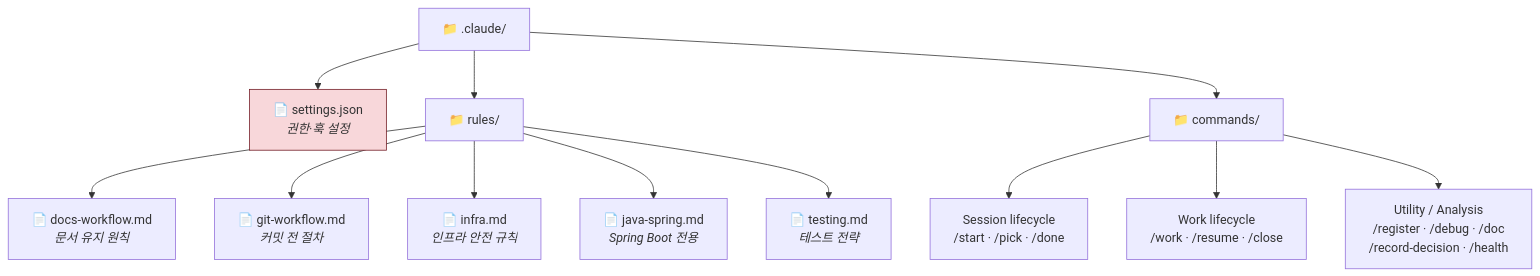
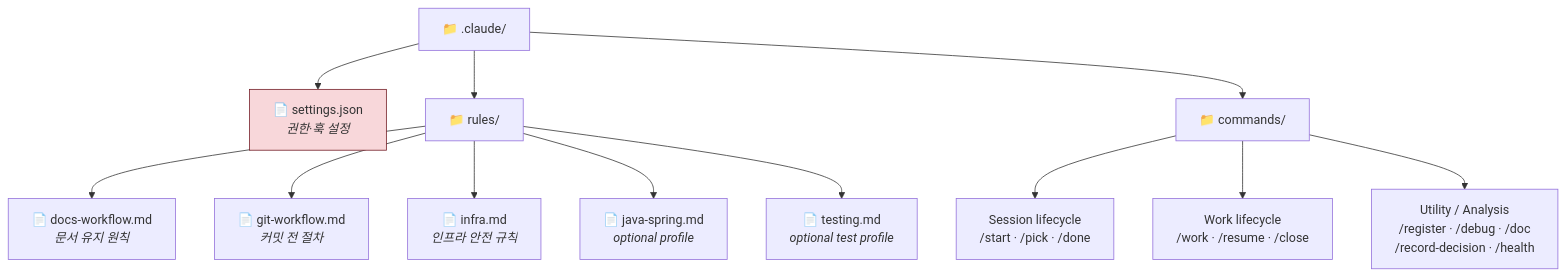
Before and after one commit to kyungseo/ai-workflow-harness: the fourth of 14 diagrams in docs/WORKFLOW-MANUAL.md, drawn with Mermaid. The commit also changed other lines of this file and 216 other files, not shown here.

````diff
--- a/docs/WORKFLOW-MANUAL.md
+++ b/docs/WORKFLOW-MANUAL.md
@@ -161,20 +161,20 @@
 ```mermaid
 graph TD
     DOT_CLAUDE["📁 .claude/"]
 
     DOT_CLAUDE --> SETTINGS["📄 settings.json<br/><i>권한·훅 설정</i>"]
     DOT_CLAUDE --> RULES["📁 rules/"]
     DOT_CLAUDE --> COMMANDS["📁 commands/"]
 
     RULES --> R1["📄 docs-workflow.md<br/><i>문서 유지 원칙</i>"]
     RULES --> R2["📄 git-workflow.md<br/><i>커밋 전 절차</i>"]
     RULES --> R3["📄 infra.md<br/><i>인프라 안전 규칙</i>"]
-    RULES --> R4["📄 java-spring.md<br/><i>Spring Boot 전용</i>"]
-    RULES --> R5["📄 testing.md<br/><i>테스트 전략</i>"]
+    RULES --> R4["📄 java-spring.md<br/><i>optional profile</i>"]
+    RULES --> R5["📄 testing.md<br/><i>optional test profile</i>"]
 
     COMMANDS --> CMD_A["Session lifecycle<br/>/start · /pick · /done"]
     COMMANDS --> CMD_B["Work lifecycle<br/>/work · /resume · /close"]
     COMMANDS --> CMD_C["Utility / Analysis<br/>/register · /debug · /doc<br/>/record-decision · /health"]
 
     style SETTINGS fill:#f8d7da,stroke:#721c24
 ```
````
